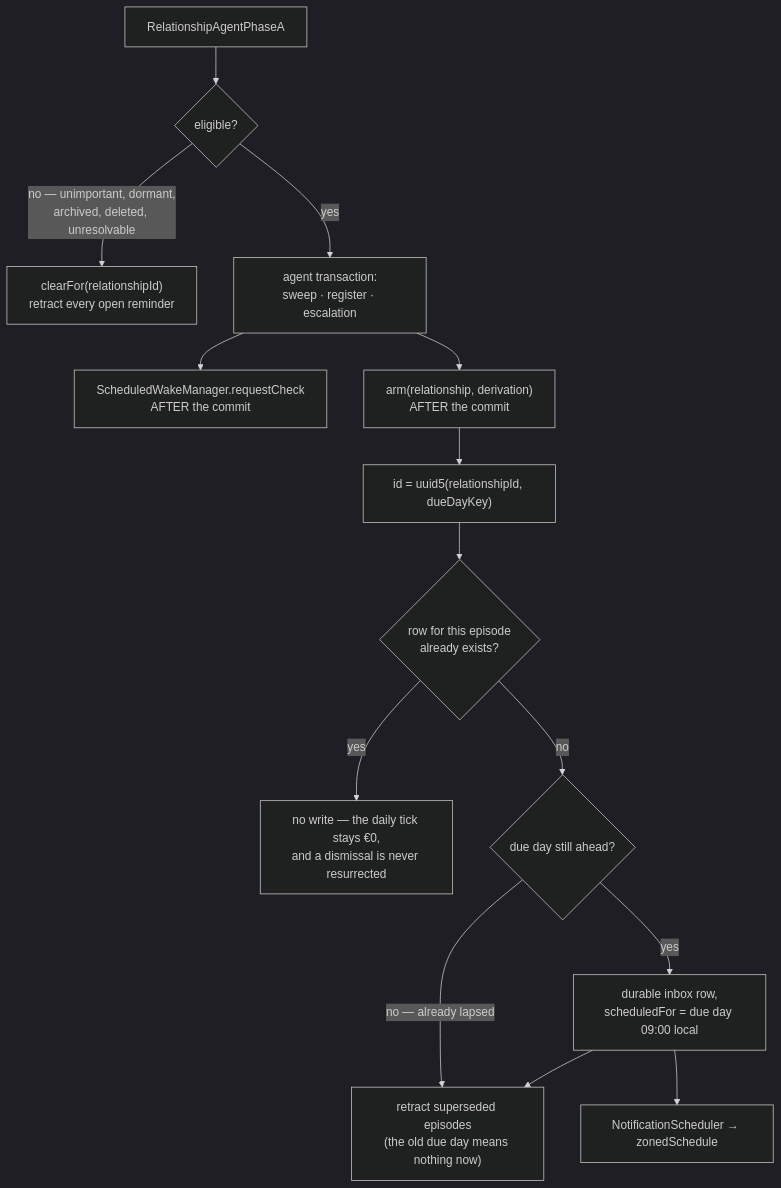
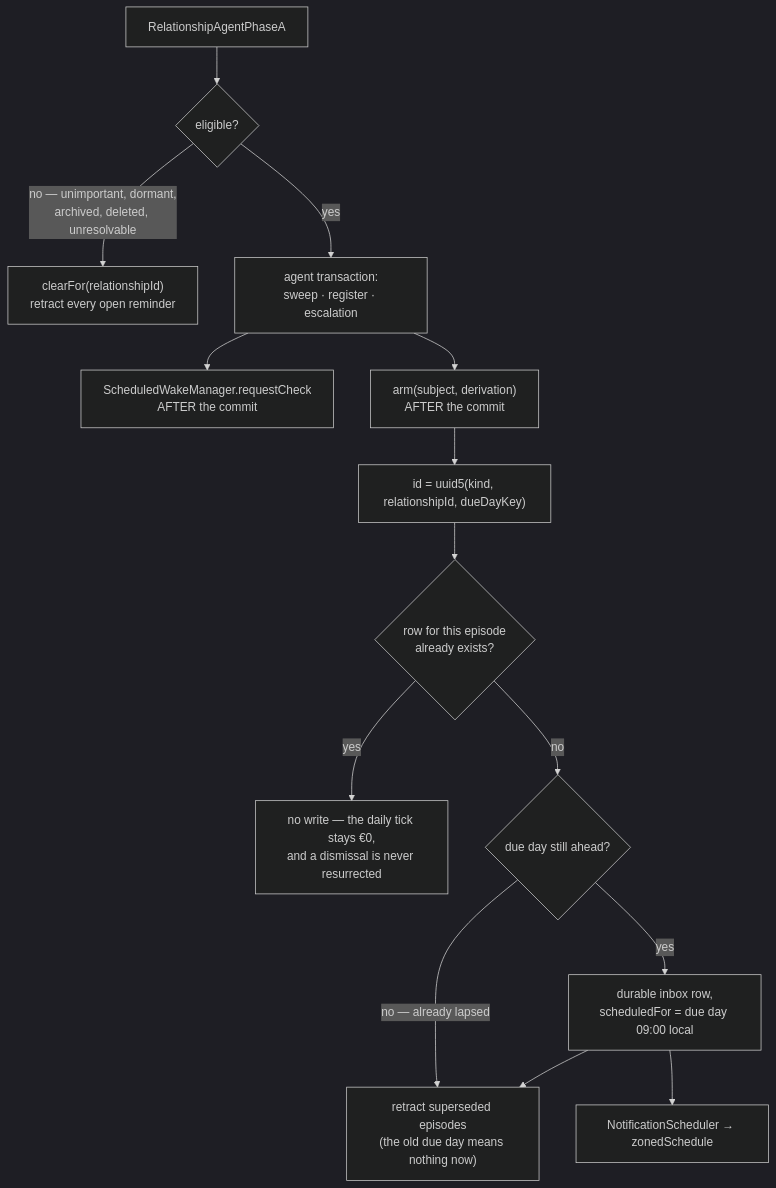
Before and after one commit to matthiasn/lotti: diagram 14 of 15 in knowledge/features/relationships.md, drawn with Mermaid (dark theme). The commit also changed other lines of this file and 18 other files, not shown here.

````diff
--- a/knowledge/features/relationships.md
+++ b/knowledge/features/relationships.md
@@ -1877,16 +1883,16 @@
 ```mermaid
 flowchart TD
   A[RelationshipAgentPhaseA] --> E{eligible?}
   E -->|"no — unimportant, dormant,<br/>archived, deleted, unresolvable"| C["clearFor(relationshipId)<br/>retract every open reminder"]
   E -->|yes| TX["agent transaction:<br/>sweep · register · escalation"]
   TX --> NUDGE["ScheduledWakeManager.requestCheck<br/>AFTER the commit"]
-  TX --> ARM["arm(relationship, derivation)<br/>AFTER the commit"]
-  ARM --> ID["id = uuid5(relationshipId, dueDayKey)"]
+  TX --> ARM["arm(subject, derivation)<br/>AFTER the commit"]
+  ARM --> ID["id = uuid5(kind, relationshipId, dueDayKey)"]
   ID --> EX{"row for this episode<br/>already exists?"}
   EX -->|yes| NOOP["no write — the daily tick stays €0,<br/>and a dismissal is never resurrected"]
   EX -->|no| PAST{"due day still ahead?"}
   PAST -->|"no — already lapsed"| RET
   PAST -->|yes| ROW["durable inbox row,<br/>scheduledFor = due day 09:00 local"]
   ROW --> OS["NotificationScheduler → zonedSchedule"]
   ROW --> RET["retract superseded episodes<br/>(the old due day means nothing now)"]
 ```
````
